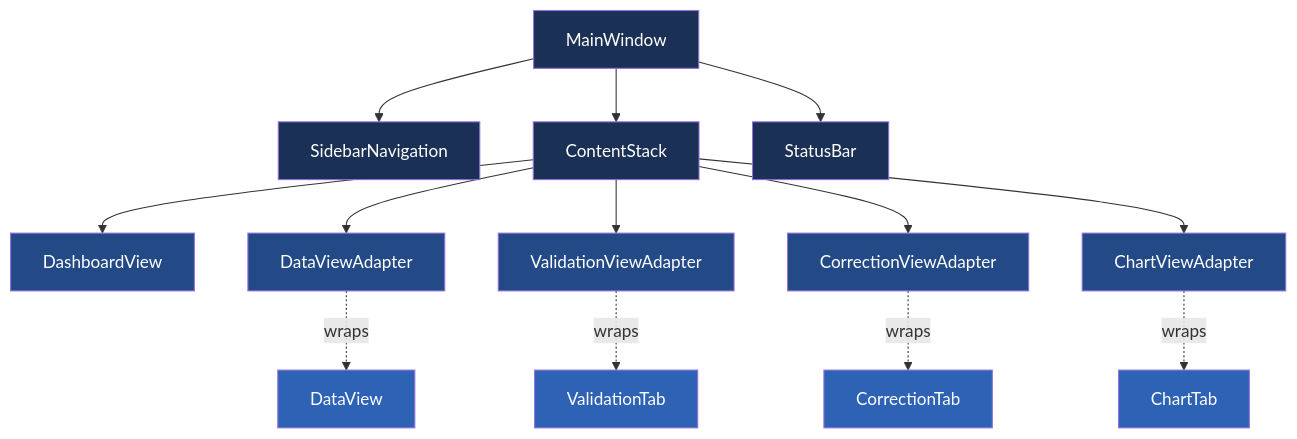
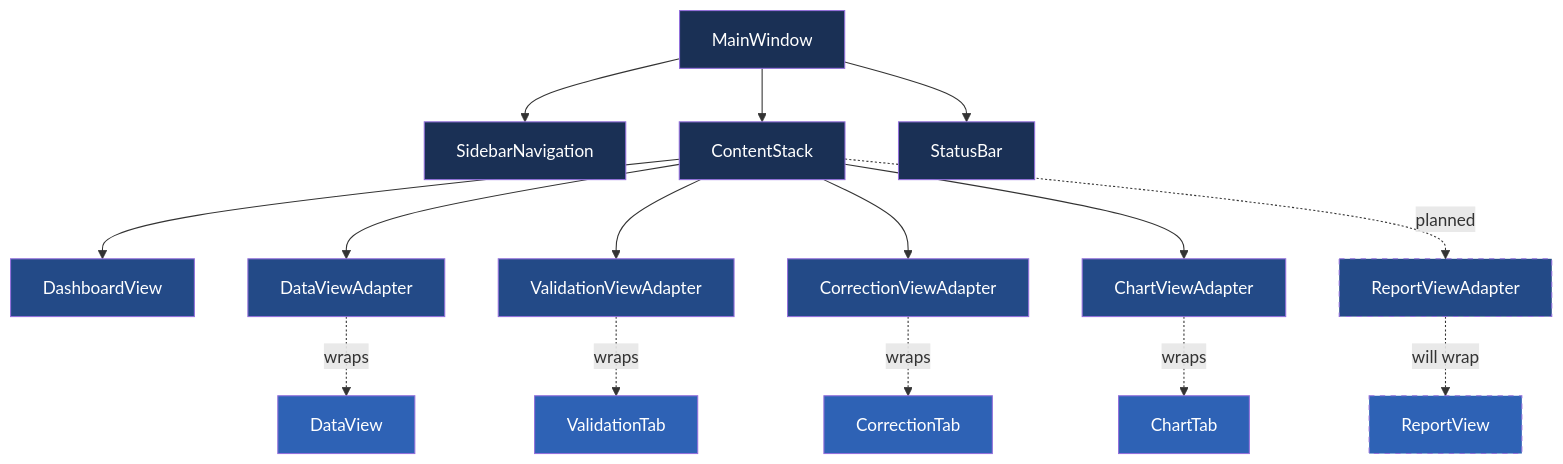
The first of 2 diagrams in memory-bank/activeContext.md (LinkesAuge/ChestBuddy), drawn with Mermaid before and after one commit. The commit also changed other lines of this file, not shown here.

Commit message:
Update activeContext.md with progress dialog improvements and report generation planning

````diff
--- a/memory-bank/activeContext.md
+++ b/memory-bank/activeContext.md
@@ -24,30 +48,34 @@
 ```mermaid
 graph TD
     MW[MainWindow] --> SB[SidebarNavigation]
     MW --> CS[ContentStack]
     MW --> STB[StatusBar]
     CS --> D[DashboardView]
     CS --> DV[DataViewAdapter]
     CS --> VV[ValidationViewAdapter]
     CS --> CV[CorrectionViewAdapter]
     CS --> CHV[ChartViewAdapter]
+    CS -.planned.-> RPV[ReportViewAdapter]
     
     DV -.wraps.-> DO[DataView]
     VV -.wraps.-> VO[ValidationTab]
     CV -.wraps.-> CO[CorrectionTab]
     CHV -.wraps.-> CHO[ChartTab]
+    RPV -.will wrap.-> RPO[ReportView]
     
     style MW fill:#1a3055,color:#fff
     style SB fill:#1a3055,color:#fff
     style CS fill:#1a3055,color:#fff
     style STB fill:#1a3055,color:#fff
     style D fill:#234a87,color:#fff
     style DV fill:#234a87,color:#fff
     style VV fill:#234a87,color:#fff
     style CV fill:#234a87,color:#fff
     style CHV fill:#234a87,color:#fff
+    style RPV fill:#234a87,color:#fff,stroke-dasharray: 5 5
     style DO fill:#2e62b5,color:#fff
     style VO fill:#2e62b5,color:#fff
     style CO fill:#2e62b5,color:#fff
     style CHO fill:#2e62b5,color:#fff
+    style RPO fill:#2e62b5,color:#fff,stroke-dasharray: 5 5
 ```
````
